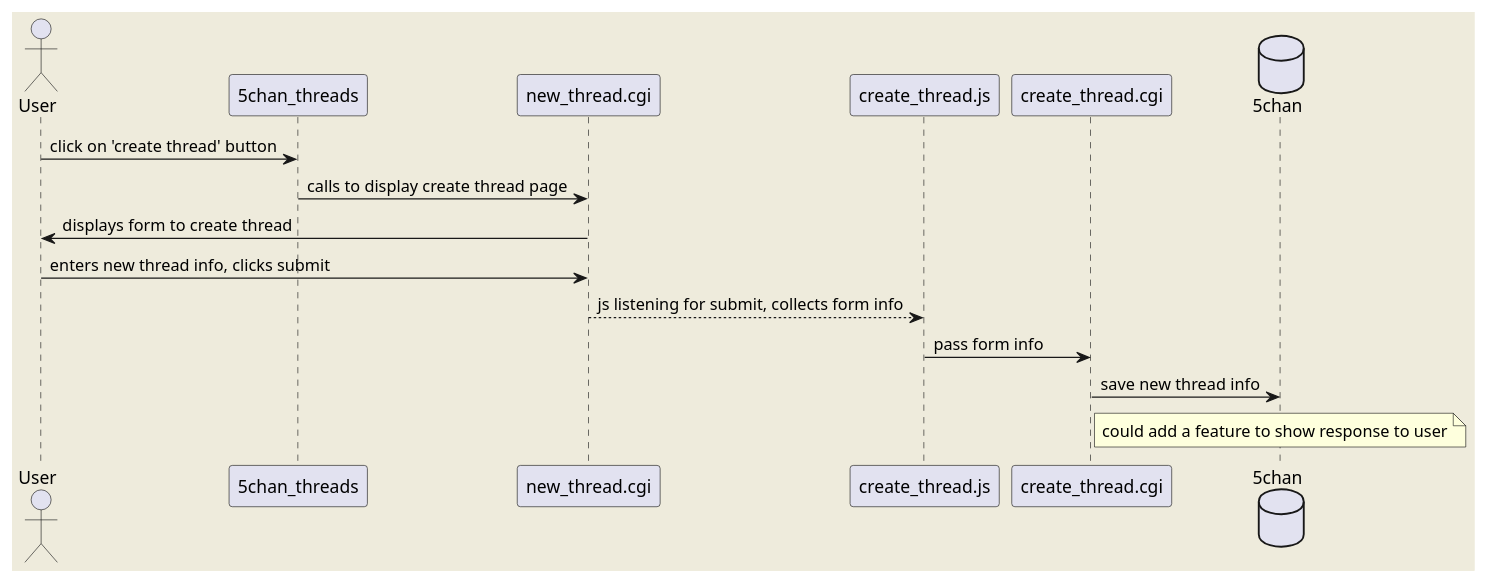
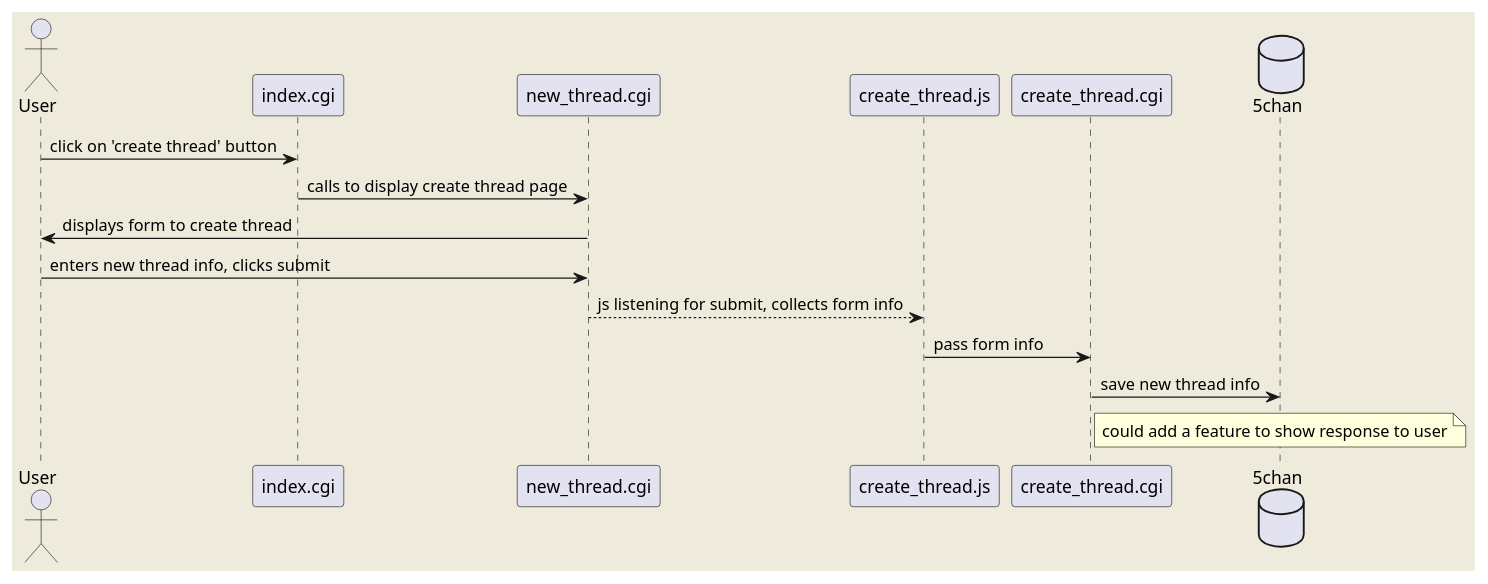
One commit to mitchshiotani/5forum changed the second of 2 diagrams in Architecture.md. Above: the diagram before and after it, drawn with PlantUML. The commit also changed other lines of this file, not shown here.

````diff
--- a/Architecture.md
+++ b/Architecture.md
@@ -57,15 +67,15 @@
 ```plantuml
 @startuml
     skinparam backgroundColor #EEEBDC
     actor User
-    User -> 5chan_threads: click on 'create thread' button
-    5chan_threads -> new_thread.cgi: calls to display create thread page
+    User -> index.cgi: click on 'create thread' button
+    index.cgi -> new_thread.cgi: calls to display create thread page
     new_thread.cgi -> User: displays form to create thread
     User -> new_thread.cgi: enters new thread info, clicks submit
     new_thread.cgi --> create_thread.js: js listening for submit, collects form info
     create_thread.js -> create_thread.cgi: pass form info
     database 5chan
     create_thread.cgi -> 5chan: save new thread info
     note over 5chan: could add a feature to show response to user
 @enduml
 ```
````
